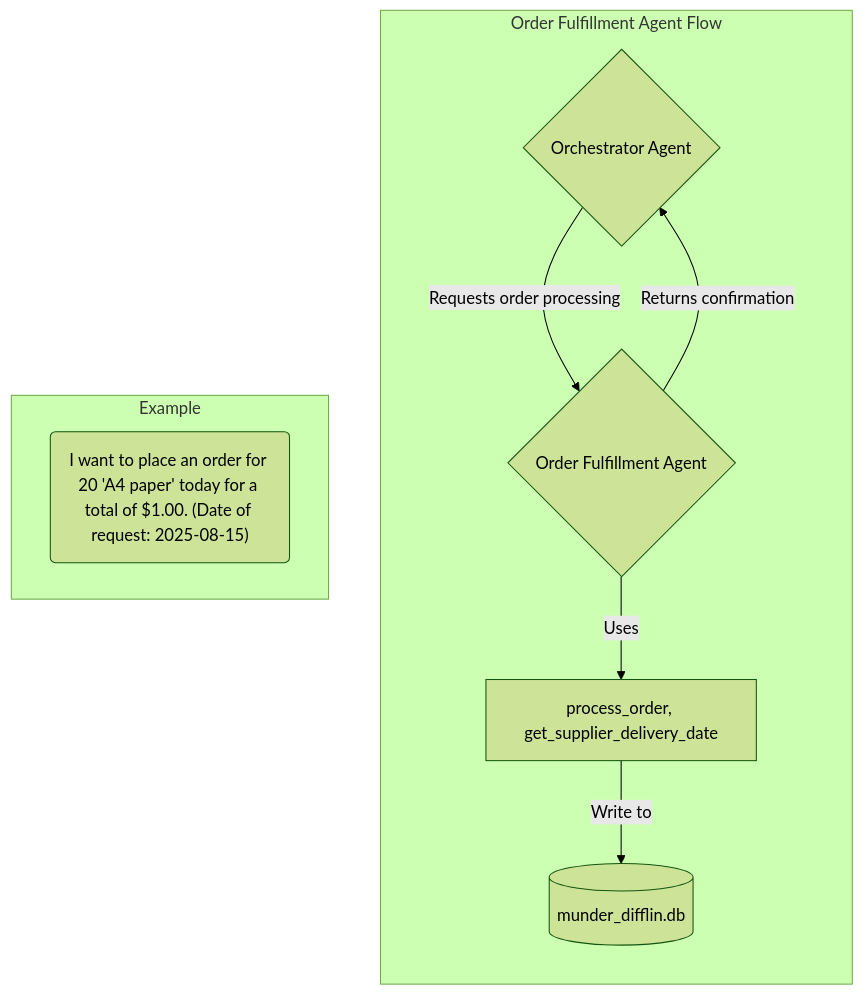
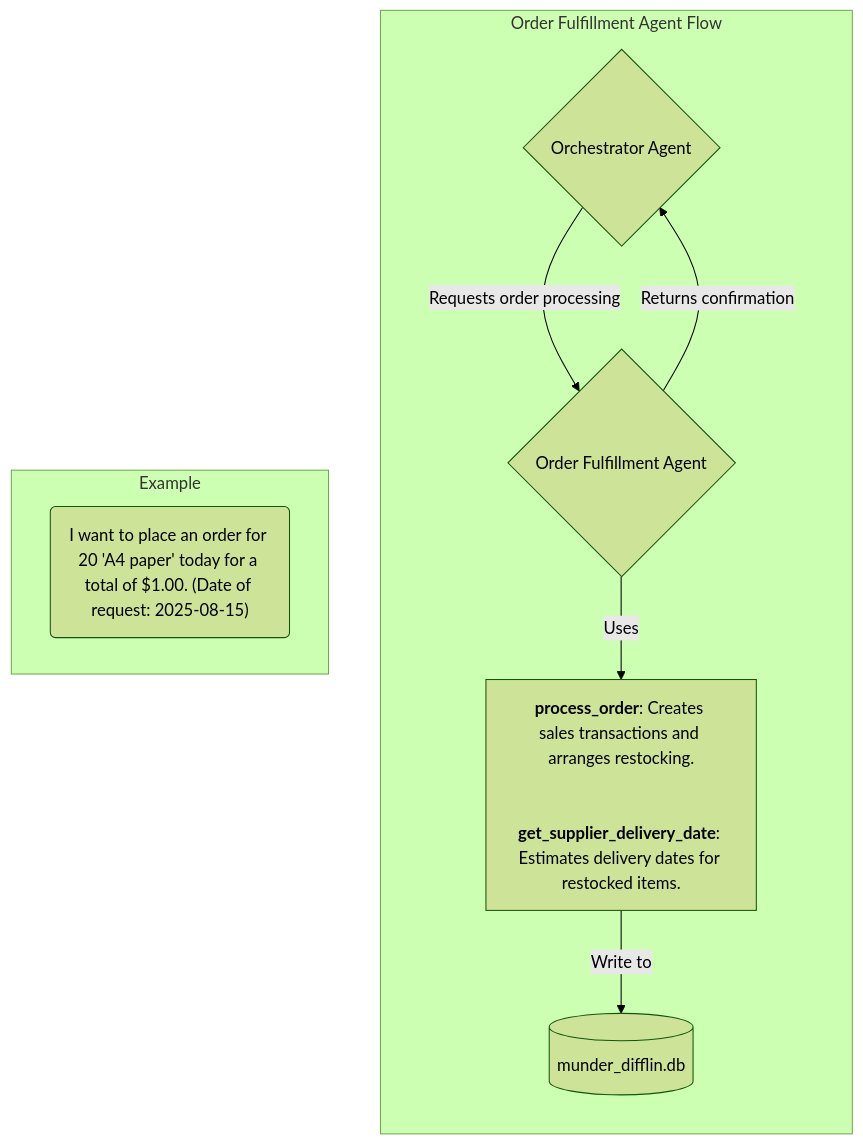
One commit to HyungunKim/nd_ai_agent_project4 changed the fifth of 11 diagrams in README.md. Above: the diagram before and after it, drawn with Mermaid (forest theme). The commit also changed other lines of this file, not shown here.

Commit message:
Update the README.md for tool diagrams

````diff
--- a/README.md
+++ b/README.md
@@ -182,14 +192,17 @@
 ```mermaid
 graph TD
     subgraph Order Fulfillment Agent Flow
         direction TB
         Orchestrator{Orchestrator Agent} -- "Requests order processing" --> OrderAgent{Order Fulfillment Agent}
-        OrderAgent -- "Uses" --> Tools[process_order, get_supplier_delivery_date]
+        OrderAgent -- "Uses" --> Tools["
+            <b>process_order</b>: Creates sales transactions and arranges restocking.<br>
+            <b>get_supplier_delivery_date</b>: Estimates delivery dates for restocked items.
+        "]
         Tools -- "Write to" --> Database[(munder_difflin.db)]
         OrderAgent -- "Returns confirmation" --> Orchestrator
     end
     subgraph Example
         direction LR
         Prompt("I want to place an order for 20 'A4 paper' today for a total of $1.00. (Date of request: 2025-08-15)")
     end
 ```
````
